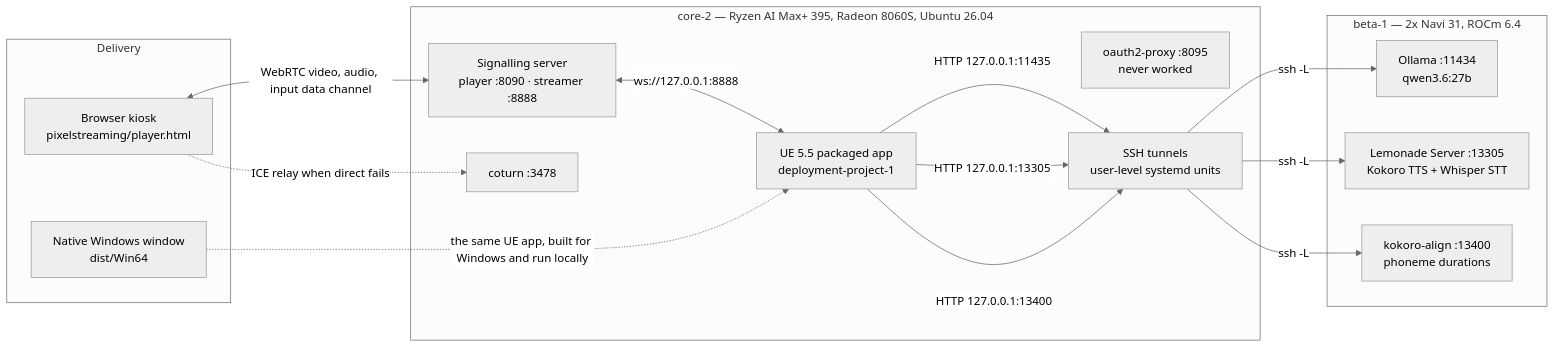
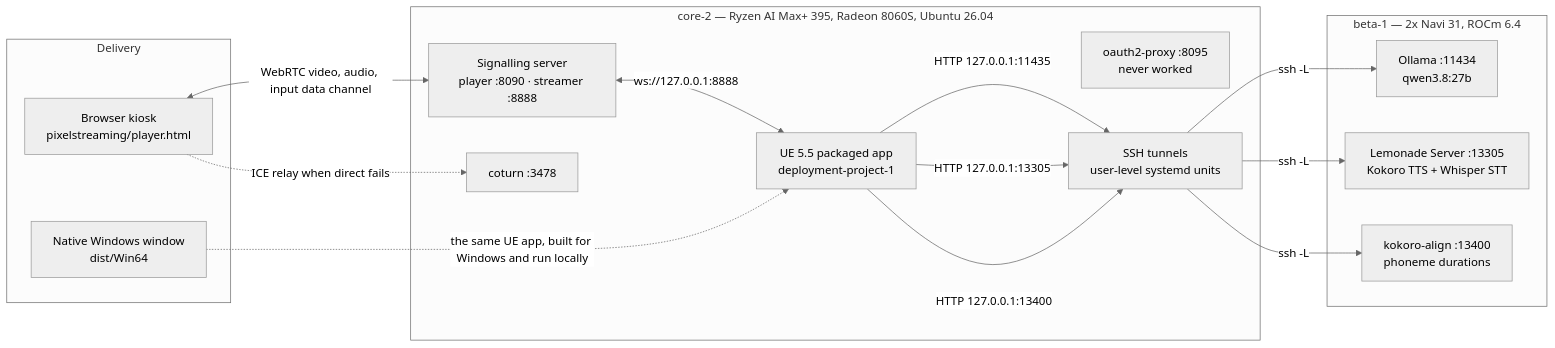
The first of 3 diagrams in Docs/ARCHITECTURE.md (companionintelligence/CI-MetaHuman), drawn with Mermaid (neutral theme) before and after one commit. The commit also changed other lines of this file and 9 other files, not shown here.

````diff
--- a/Docs/ARCHITECTURE.md
+++ b/Docs/ARCHITECTURE.md
@@ -45,34 +45,34 @@
 ```mermaid
 flowchart LR
     subgraph clients["Delivery"]
         BR["Browser kiosk<br/>pixelstreaming/player.html"]
         NW["Native Windows window<br/>dist/Win64"]
     end
 
     subgraph core2["core-2 — Ryzen AI Max+ 395, Radeon 8060S, Ubuntu 26.04"]
         SIG["Signalling server<br/>player :8090 · streamer :8888"]
         TURN["coturn :3478"]
         OIDC["oauth2-proxy :8095<br/>never worked"]
         APP["UE 5.5 packaged app<br/>deployment-project-1"]
         TUN["SSH tunnels<br/>user-level systemd units"]
     end
 
     subgraph beta1["beta-1 — 2x Navi 31, ROCm 6.4"]
-        OLL["Ollama :11434<br/>qwen3.6:27b"]
+        OLL["Ollama :11434<br/>qwen3.8:27b"]
         LEM["Lemonade Server :13305<br/>Kokoro TTS + Whisper STT"]
         ALN["kokoro-align :13400<br/>phoneme durations"]
     end
 
     BR <-->|"WebRTC video, audio, input data channel"| SIG
     BR -.->|"ICE relay when direct fails"| TURN
     SIG <-->|"ws://127.0.0.1:8888"| APP
     NW -.->|"the same UE app, built for Windows and run locally"| APP
 
     APP -->|"HTTP 127.0.0.1:11435"| TUN
     APP -->|"HTTP 127.0.0.1:13305"| TUN
     APP -->|"HTTP 127.0.0.1:13400"| TUN
 
     TUN -->|"ssh -L"| OLL
     TUN -->|"ssh -L"| LEM
     TUN -->|"ssh -L"| ALN
 ```
````
